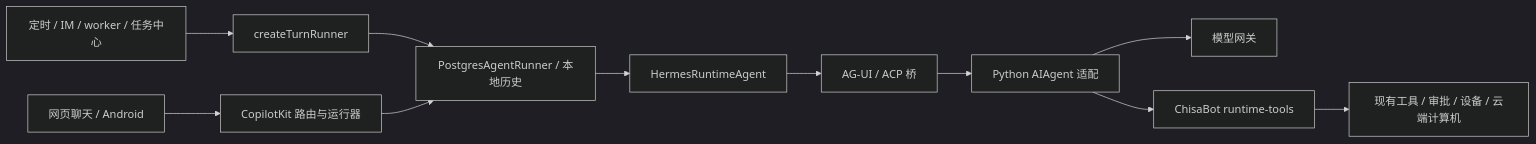
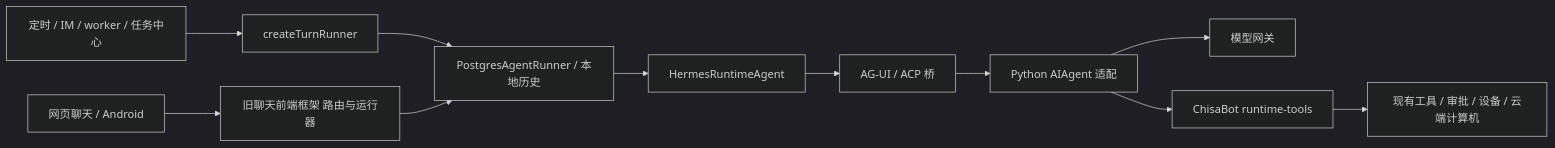
One commit to ChisaAlter/ChisaBot changed the first of 2 diagrams in docs/dsh-kernel-migration.md. Above: the diagram before and after it, drawn with Mermaid (dark theme). The commit also changed other lines of this file and 118 other files, not shown here.

````diff
--- a/docs/dsh-kernel-migration.md
+++ b/docs/dsh-kernel-migration.md
@@ -83,13 +83,13 @@
 ```mermaid
 flowchart LR
-  UI[网页聊天 / Android] --> CK[CopilotKit 路由与运行器]
+  UI[网页聊天 / Android] --> CK[旧聊天前端框架 路由与运行器]
   BG[定时 / IM / worker / 任务中心] --> TURN[createTurnRunner]
   TURN --> PG
   CK --> PG[PostgresAgentRunner / 本地历史]
   PG --> HA[HermesRuntimeAgent]
   HA --> BR[AG-UI / ACP 桥]
   BR --> PY[Python AIAgent 适配]
   PY --> MODEL[模型网关]
   PY --> TG[ChisaBot runtime-tools]
   TG --> POLICY[现有工具 / 审批 / 设备 / 云端计算机]
 ```
````
